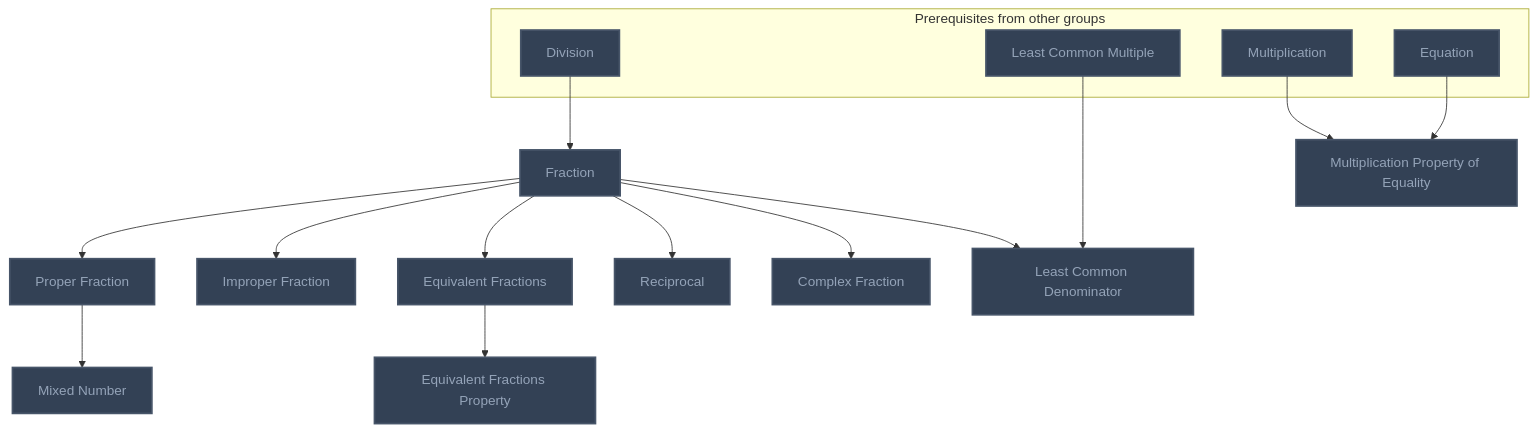
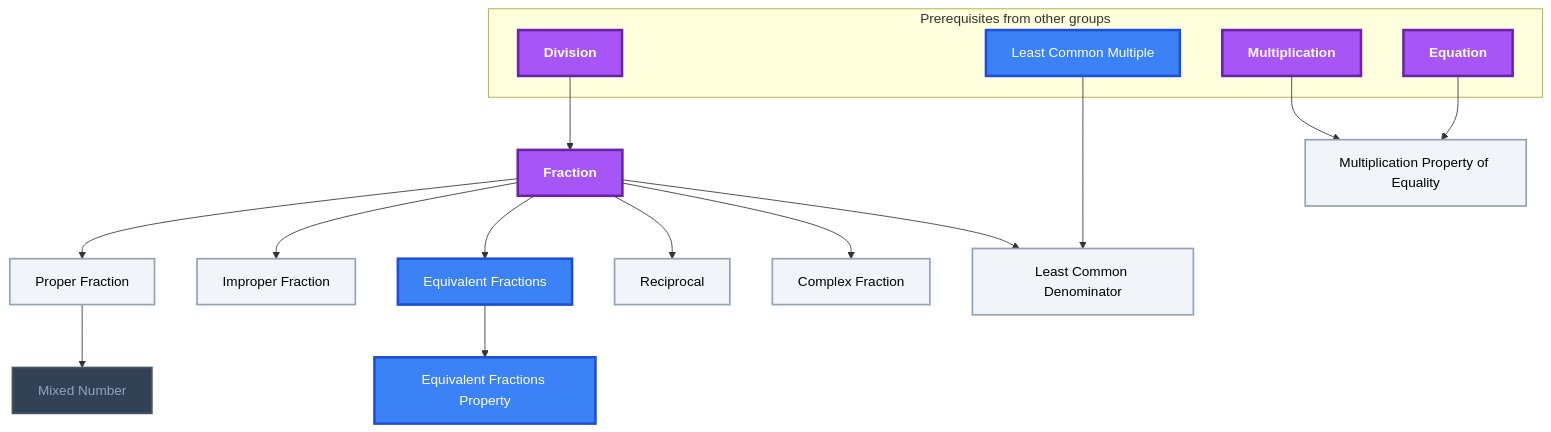
Before and after one commit to MRauf1/My-Notes: the fourth of 10 diagrams in Gamification/Skill Trees/Pre-Algebra.md, drawn with Mermaid. The commit also changed other lines of this file and 156 other files, not shown here.

````diff
--- a/Gamification/Skill Trees/Pre-Algebra.md
+++ b/Gamification/Skill Trees/Pre-Algebra.md
@@ -206,42 +213,45 @@
 ```mermaid
 flowchart TD
     classDef planned fill:#1E293B,stroke:#64748B,stroke-width:2px,stroke-dasharray:5 5,color:#94A3B8;
     classDef locked fill:#334155,stroke:#475569,stroke-width:2px,color:#94A3B8;
     classDef L0 fill:#F1F5F9,stroke:#94A3B8,stroke-width:2px,color:#000000;
     classDef L1 fill:#22C55E,stroke:#15803D,stroke-width:2px,color:#000000;
     classDef L2 fill:#3B82F6,stroke:#1D4ED8,stroke-width:3px,color:#FFFFFF;
     classDef L3 fill:#A855F7,stroke:#6B21A8,stroke-width:3px,color:#FFFFFF,font-weight:bold;
     classDef L4 fill:#F97316,stroke:#C2410C,stroke-width:4px,color:#000000,font-weight:bold;
     classDef L5 fill:#FFD700,stroke:#FF8C00,stroke-width:5px,color:#000000,font-weight:bold;
     classDef rusty stroke:#8B4513,stroke-width:4px,stroke-dasharray:3 3;
     subgraph sg_prereqs["Prerequisites from other groups"]
         n_division["Division"]
         n_least_common_multiple["Least Common Multiple"]
         n_multiplication["Multiplication"]
         n_equation["Equation"]
     end
     n_fraction["Fraction"]
     n_proper_fraction["Proper Fraction"]
     n_improper_fraction["Improper Fraction"]
     n_mixed_number["Mixed Number"]
     n_equivalent_fractions["Equivalent Fractions"]
     n_equivalent_fractions_property["Equivalent Fractions Property"]
     n_reciprocal["Reciprocal"]
     n_complex_fraction["Complex Fraction"]
     n_least_common_denominator["Least Common Denominator"]
     n_multiplication_property_of_equality["Multiplication Property of Equality"]
     n_division --> n_fraction
     n_fraction --> n_proper_fraction
     n_fraction --> n_improper_fraction
     n_proper_fraction --> n_mixed_number
     n_fraction --> n_equivalent_fractions
     n_equivalent_fractions --> n_equivalent_fractions_property
     n_fraction --> n_reciprocal
     n_fraction --> n_complex_fraction
     n_least_common_multiple --> n_least_common_denominator
     n_fraction --> n_least_common_denominator
     n_multiplication --> n_multiplication_property_of_equality
     n_equation --> n_multiplication_property_of_equality
-    class n_division,n_least_common_multiple,n_multiplication,n_equation,n_fraction,n_proper_fraction,n_improper_fraction,n_mixed_number,n_equivalent_fractions,n_equivalent_fractions_property,n_reciprocal,n_complex_fraction,n_least_common_denominator,n_multiplication_property_of_equality locked;
+    class n_mixed_number locked;
+    class n_proper_fraction,n_improper_fraction,n_reciprocal,n_complex_fraction,n_least_common_denominator,n_multiplication_property_of_equality L0;
+    class n_least_common_multiple,n_equivalent_fractions,n_equivalent_fractions_property L2;
+    class n_division,n_multiplication,n_equation,n_fraction L3;
     class n_division,n_least_common_multiple,n_multiplication,n_equation,n_fraction,n_proper_fraction,n_improper_fraction,n_mixed_number,n_equivalent_fractions,n_equivalent_fractions_property,n_reciprocal,n_complex_fraction,n_least_common_denominator,n_multiplication_property_of_equality internal-link;
 ```
````
